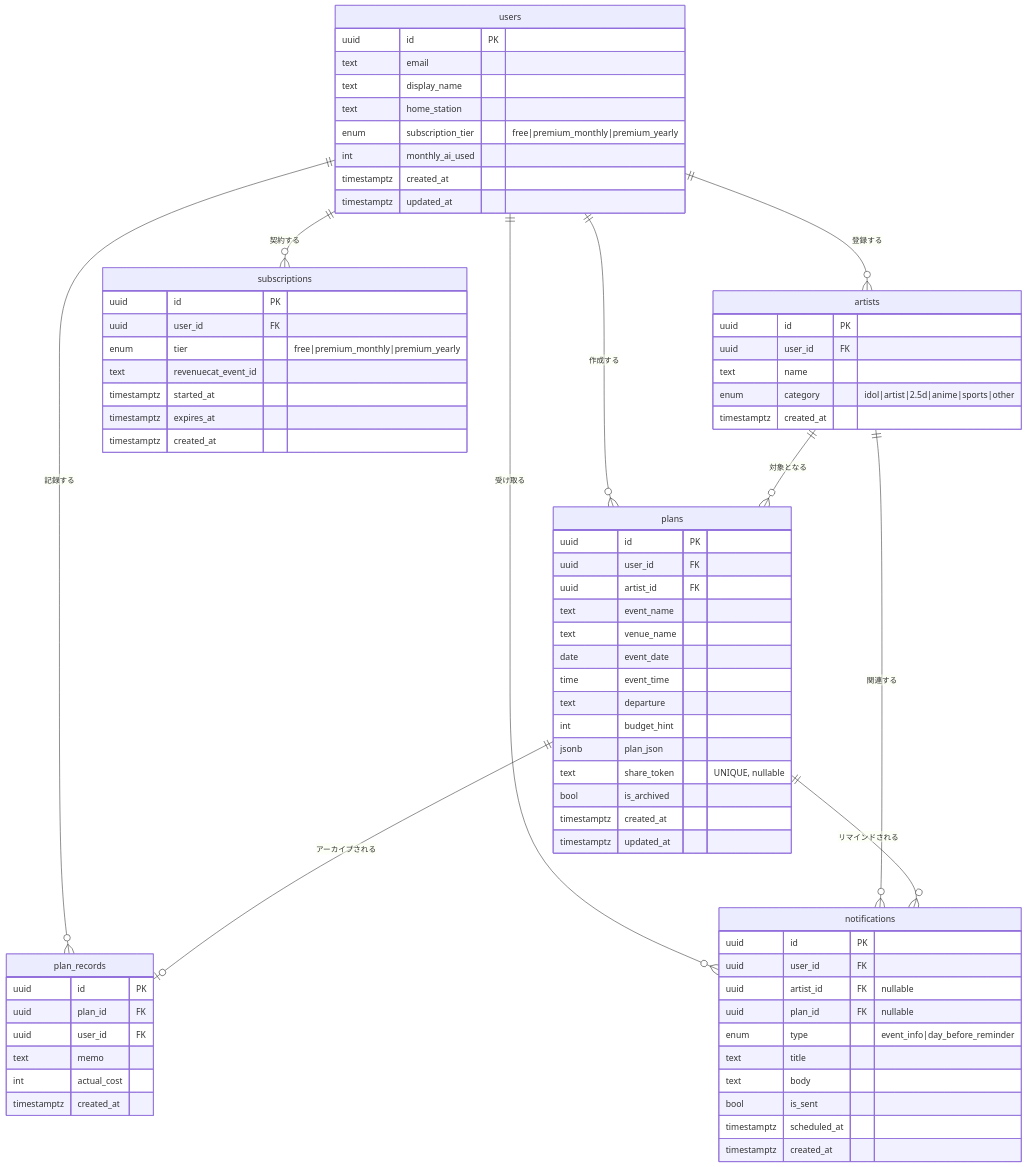
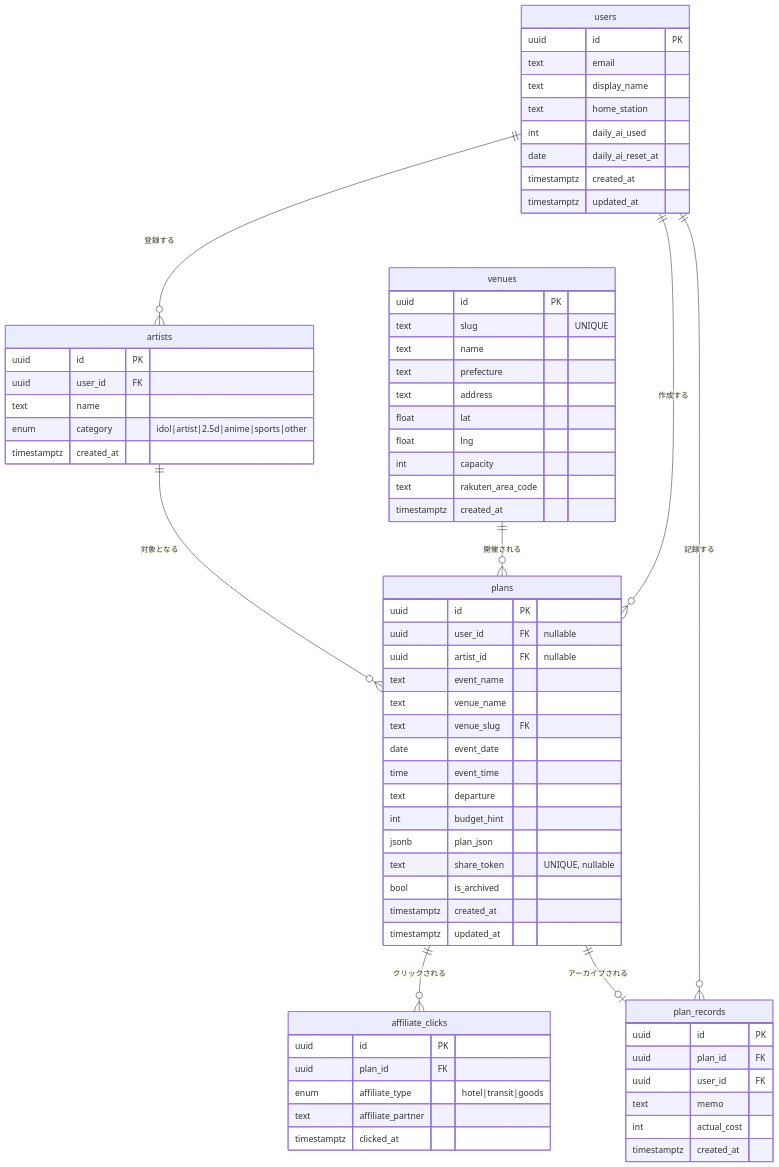
Before and after one commit to devnekoleo/oshiplan: the diagram in OshiPlan_要件定義.md, drawn with Mermaid. The commit also changed other lines of this file and 5 other files, not shown here.

````diff
--- a/OshiPlan_要件定義.md
+++ b/OshiPlan_要件定義.md
@@ -145,80 +175,77 @@
 ```mermaid
 erDiagram
     users {
         uuid id PK
         text email
         text display_name
         text home_station
-        enum subscription_tier "free|premium_monthly|premium_yearly"
-        int monthly_ai_used
+        int daily_ai_used
+        date daily_ai_reset_at
         timestamptz created_at
         timestamptz updated_at
     }
 
     artists {
         uuid id PK
         uuid user_id FK
         text name
         enum category "idol|artist|2.5d|anime|sports|other"
         timestamptz created_at
     }
 
+    venues {
+        uuid id PK
+        text slug "UNIQUE"
+        text name
+        text prefecture
+        text address
+        float lat
+        float lng
+        int capacity
+        text rakuten_area_code
+        timestamptz created_at
+    }
+
     plans {
         uuid id PK
-        uuid user_id FK
-        uuid artist_id FK
+        uuid user_id FK "nullable"
+        uuid artist_id FK "nullable"
         text event_name
         text venue_name
+        text venue_slug FK
         date event_date
         time event_time
         text departure
         int budget_hint
         jsonb plan_json
         text share_token "UNIQUE, nullable"
         bool is_archived
         timestamptz created_at
         timestamptz updated_at
     }
 
+    affiliate_clicks {
+        uuid id PK
+        uuid plan_id FK
+        enum affiliate_type "hotel|transit|goods"
+        text affiliate_partner
+        timestamptz clicked_at
+    }
+
     plan_records {
         uuid id PK
         uuid plan_id FK
         uuid user_id FK
         text memo
         int actual_cost
         timestamptz created_at
     }
 
-    subscriptions {
-        uuid id PK
-        uuid user_id FK
-        enum tier "free|premium_monthly|premium_yearly"
-        text revenuecat_event_id
-        timestamptz started_at
-        timestamptz expires_at
-        timestamptz created_at
-    }
-
-    notifications {
-        uuid id PK
-        uuid user_id FK
-        uuid artist_id FK "nullable"
-        uuid plan_id FK "nullable"
-        enum type "event_info|day_before_reminder"
-        text title
-        text body
-        bool is_sent
-        timestamptz scheduled_at
-        timestamptz created_at
-    }
-
     users ||--o{ artists : "登録する"
     users ||--o{ plans : "作成する"
     users ||--o{ plan_records : "記録する"
-    users ||--o{ subscriptions : "契約する"
-    users ||--o{ notifications : "受け取る"
     artists ||--o{ plans : "対象となる"
-    artists ||--o{ notifications : "関連する"
+    venues ||--o{ plans : "開催される"
+    plans ||--o{ affiliate_clicks : "クリックされる"
     plans ||--o| plan_records : "アーカイブされる"
-    plans ||--o{ notifications : "リマインドされる"
 ```
````
